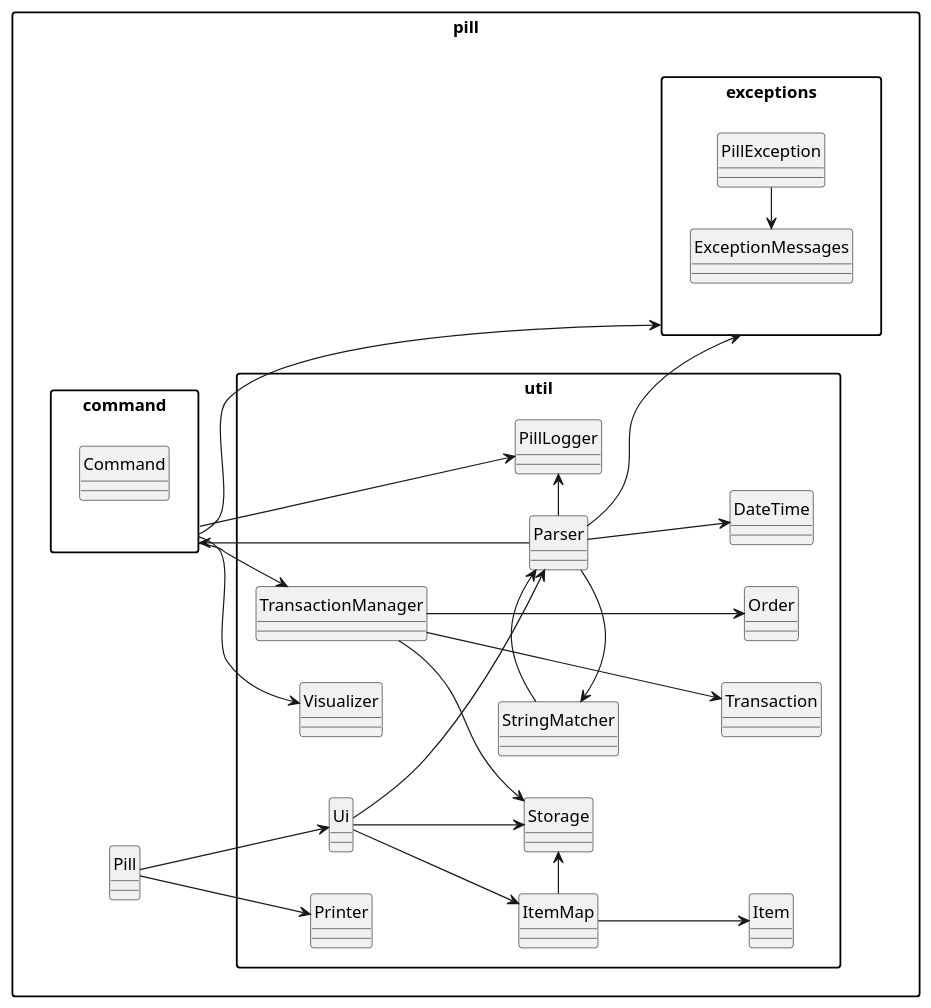
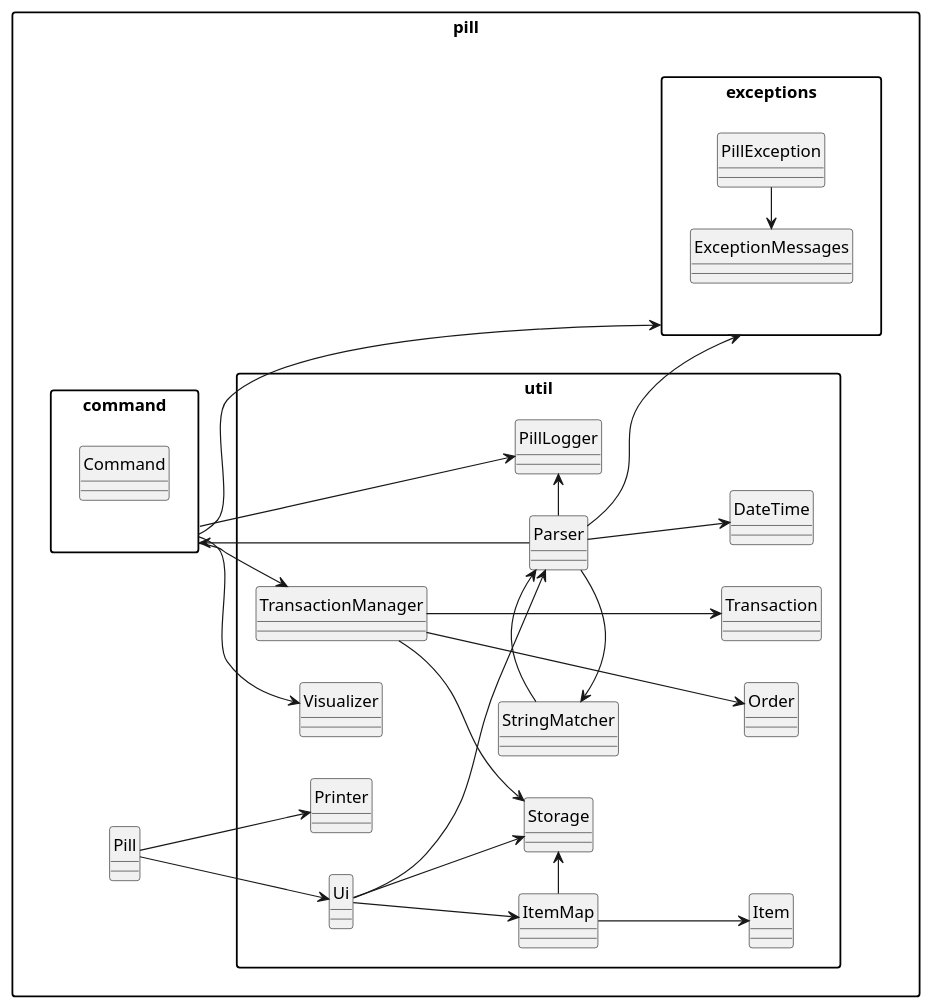
Before and after one commit to yijiano/tp: the diagram in docs/diagrams/High-Level-Overview.puml, drawn with PlantUML.

```diff
--- a/docs/diagrams/High-Level-Overview.puml
+++ b/docs/diagrams/High-Level-Overview.puml
@@ -2,69 +2,69 @@
 @startuml
 
 hide circle
 skinparam packageStyle rectangle
 
 left to right direction
 
 package "pill" {
     class Pill
 
     package "util" {
         class Ui
         class Parser
         class StringMatcher
         class Printer
         class Storage
         class ItemMap
         class Item
         class DateTime
         class PillLogger
         class TransactionManager
         class Order
         class Transaction
         class Visualizer
     }
 
     package exceptions {
         class PillException
         class ExceptionMessages
     }
     package command {
         class Command
     }
 
 
 
     Pill --> Ui
-    Pill --> Printer
+    Pill -> Printer
 
 
     Ui --> Parser
     Ui --> ItemMap
     Ui --> Storage
     ItemMap --> Item
 
 
     Parser -> command
     Parser -up> StringMatcher
     Parser --> DateTime
     StringMatcher -> Parser
     Parser -> PillLogger
     command --> exceptions
     command --> TransactionManager
     command --> Visualizer
     command -> PillLogger
     Parser --> exceptions
 
     ItemMap -> Storage
     TransactionManager --> Storage
     TransactionManager ---> Order
     TransactionManager ---> Transaction
 
     PillException -left> ExceptionMessages
 
 }
 
 
 
 @enduml
```
